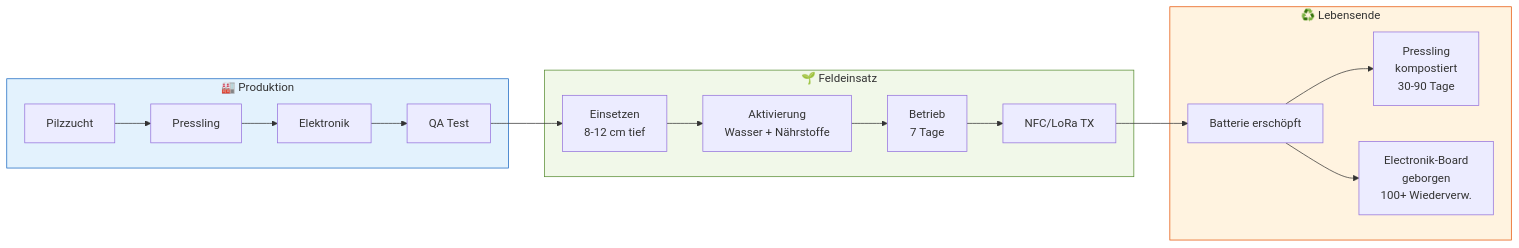
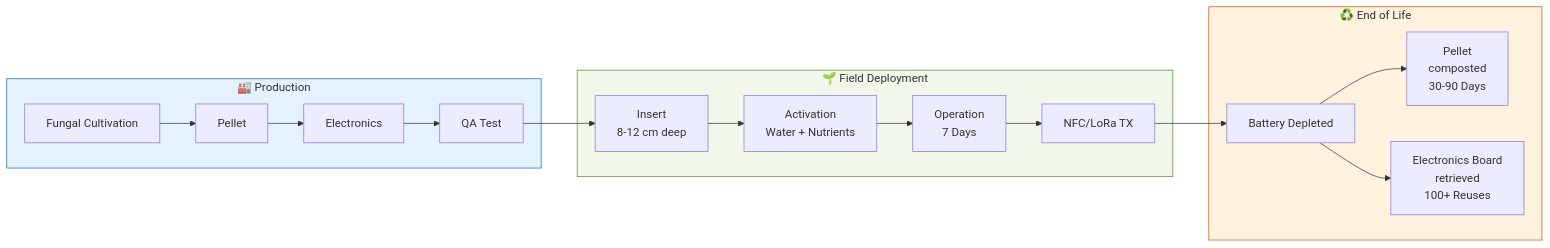
One commit to tobias-weiss-ai-xr/mykovolt changed the seventh of 8 diagrams in README.md. Above: the diagram before and after it, drawn with Mermaid. The commit also changed other lines of this file and 1 other file, not shown here.

````diff
--- a/README.md
+++ b/README.md
@@ -260,18 +260,18 @@
 ```mermaid
 flowchart LR
-    subgraph PROD["🏭 Produktion"]
-        A1["Pilzzucht"] --> A2["Pressling"] --> A3["Elektronik"] --> A4["QA Test"]
+    subgraph PROD["🏭 Production"]
+        A1["Fungal Cultivation"] --> A2["Pellet"] --> A3["Electronics"] --> A4["QA Test"]
     end
-    subgraph DEPLOY["🌱 Feldeinsatz"]
-        B1["Einsetzen\n8-12 cm tief"] --> B2["Aktivierung\nWasser + Nährstoffe"] --> B3["Betrieb\n7 Tage"] --> B4["NFC/LoRa TX"]
+    subgraph DEPLOY["🌱 Field Deployment"]
+        B1["Insert\n8-12 cm deep"] --> B2["Activation\nWater + Nutrients"] --> B3["Operation\n7 Days"] --> B4["NFC/LoRa TX"]
     end
-    subgraph END["♻️ Lebensende"]
-        C1["Batterie erschöpft"] --> C2["Pressling\nkompostiert\n30-90 Tage"]
-        C1 --> C3["Electronik-Board\ngeborgen\n100+ Wiederverw."]
+    subgraph END["♻️ End of Life"]
+        C1["Battery Depleted"] --> C2["Pellet\ncomposted\n30-90 Days"]
+        C1 --> C3["Electronics Board\nretrieved\n100+ Reuses"]
     end
     A4 --> B1
     B4 --> C1
     style PROD fill:#E3F2FD,stroke:#1565C0
     style DEPLOY fill:#F1F8E9,stroke:#558B2F
     style END fill:#FFF3E0,stroke:#E65100
 ```
````
